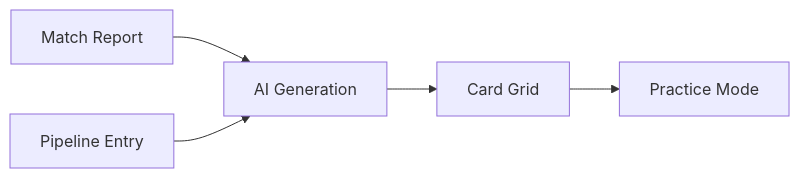
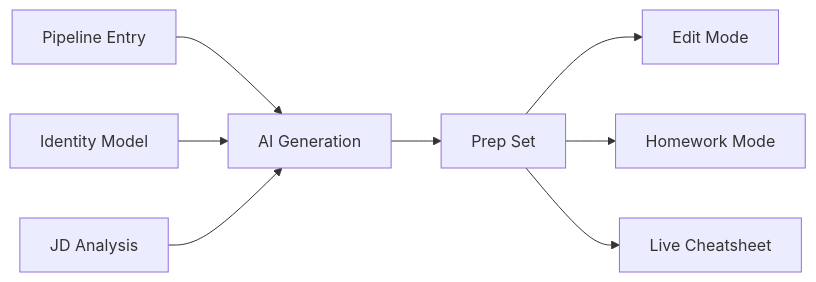
One commit to atlas-crew/Facet changed the first of 2 diagrams in docs/user-guides/prep.md. Above: the diagram before and after it, drawn with Mermaid. The commit also changed other lines of this file and 13 other files, not shown here.

Commit message:
docs(help): refresh current workspace flows

````diff
--- a/docs/user-guides/prep.md
+++ b/docs/user-guides/prep.md
@@ -42,7 +51,10 @@
 ```mermaid
 flowchart LR
-    A[Match Report] --> C[AI Generation]
-    B[Pipeline Entry] --> C
-    C --> D[Card Grid]
-    D --> E[Practice Mode]
+    P[Pipeline Entry] --> C[AI Generation]
+    I[Identity Model] --> C
+    J[JD Analysis] --> C
+    C --> D[Prep Set]
+    D --> E[Edit Mode]
+    D --> H[Homework Mode]
+    D --> L[Live Cheatsheet]
 ```
````
